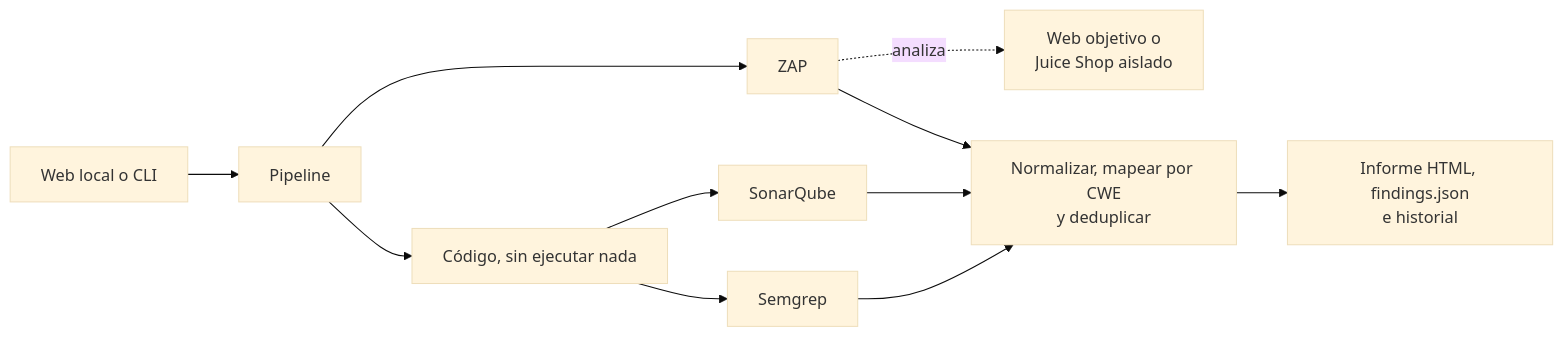
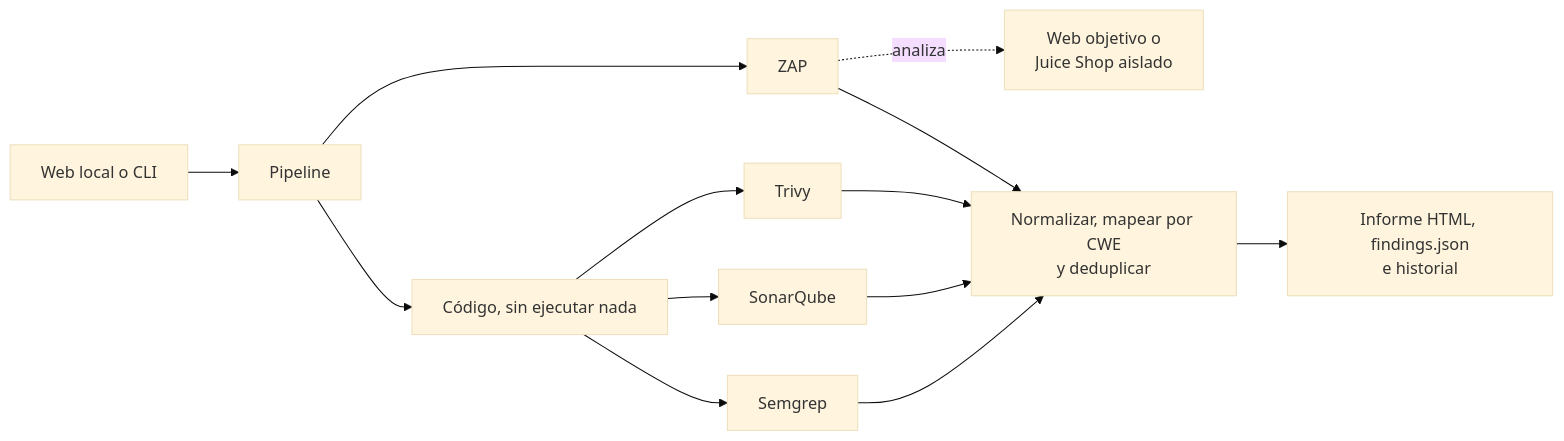
The diagram in README.md (sergio-scardigno/laboratorio-appsec), drawn with Mermaid (base theme) before and after one commit. The commit also changed other lines of this file and 41 other files, not shown here.

````diff
--- a/README.md
+++ b/README.md
@@ -55,13 +63,15 @@
 ```mermaid
 flowchart LR
     A[Web local o CLI] --> P[Pipeline]
     P --> C[Código, sin ejecutar nada]
     C --> SG[Semgrep]
     C --> SQ[SonarQube]
+    C --> T[Trivy]
     P --> Z[ZAP]
     Z -.analiza.-> W[Web objetivo o<br/>Juice Shop aislado]
     SG --> N[Normalizar, mapear por CWE<br/>y deduplicar]
     SQ --> N
+    T --> N
     Z --> N
     N --> R[Informe HTML, findings.json<br/>e historial]
 ```
````
